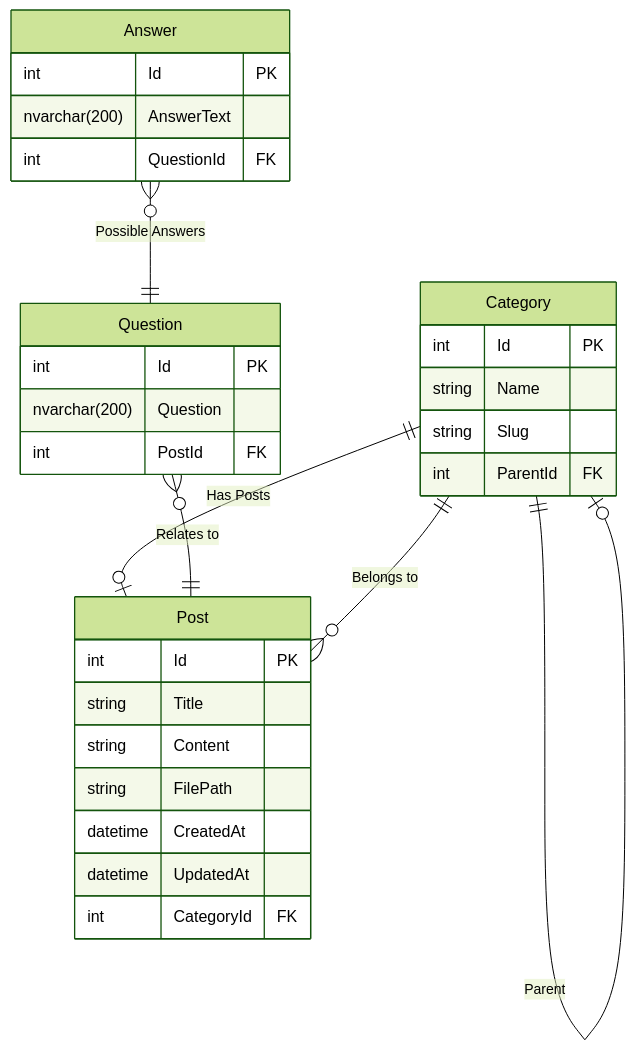
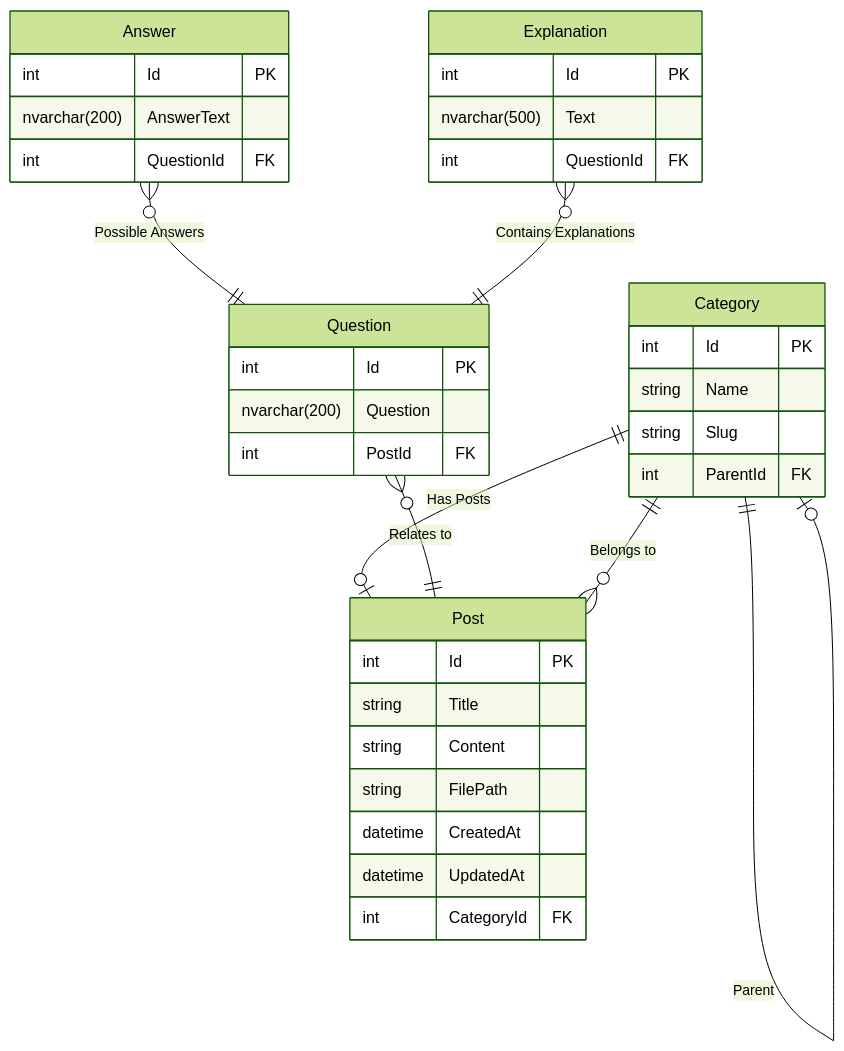
The diagram in .github/workflows/database.md (toby-gamez/Tobiso.Web), drawn with Mermaid (forest theme) before and after one commit. The commit also changed other lines of this file and 15 other files, not shown here.

````diff
--- a/.github/workflows/database.md
+++ b/.github/workflows/database.md
@@ -29,34 +48,40 @@
 ```mermaid
 erDiagram
 	Category {
 		int Id PK
 		string Name
 		string Slug
 		int ParentId FK
 	}
 	Post {
 		int Id PK
 		string Title
 		string Content
 		string FilePath
 		datetime CreatedAt
 		datetime UpdatedAt
 		int CategoryId FK
 	}
 	Question {
 		int Id PK
 		nvarchar(200) Question
 		int PostId FK
 	}
 	Answer {
 		int Id PK
 		nvarchar(200) AnswerText
 		int QuestionId FK
 	}
+	Explanation {
+		int Id PK
+		nvarchar(500) Text
+		int QuestionId FK
+	}
 	Category ||--o| Category : Parent
 	Category ||--o| Post : "Has Posts"
 	Post }o--|| Category : "Belongs to"
 	Question }o--|| Post : "Relates to"
 	Answer }o--|| Question : "Possible Answers"
+	Explanation }o--|| Question : "Contains Explanations"
 
 ```
````
